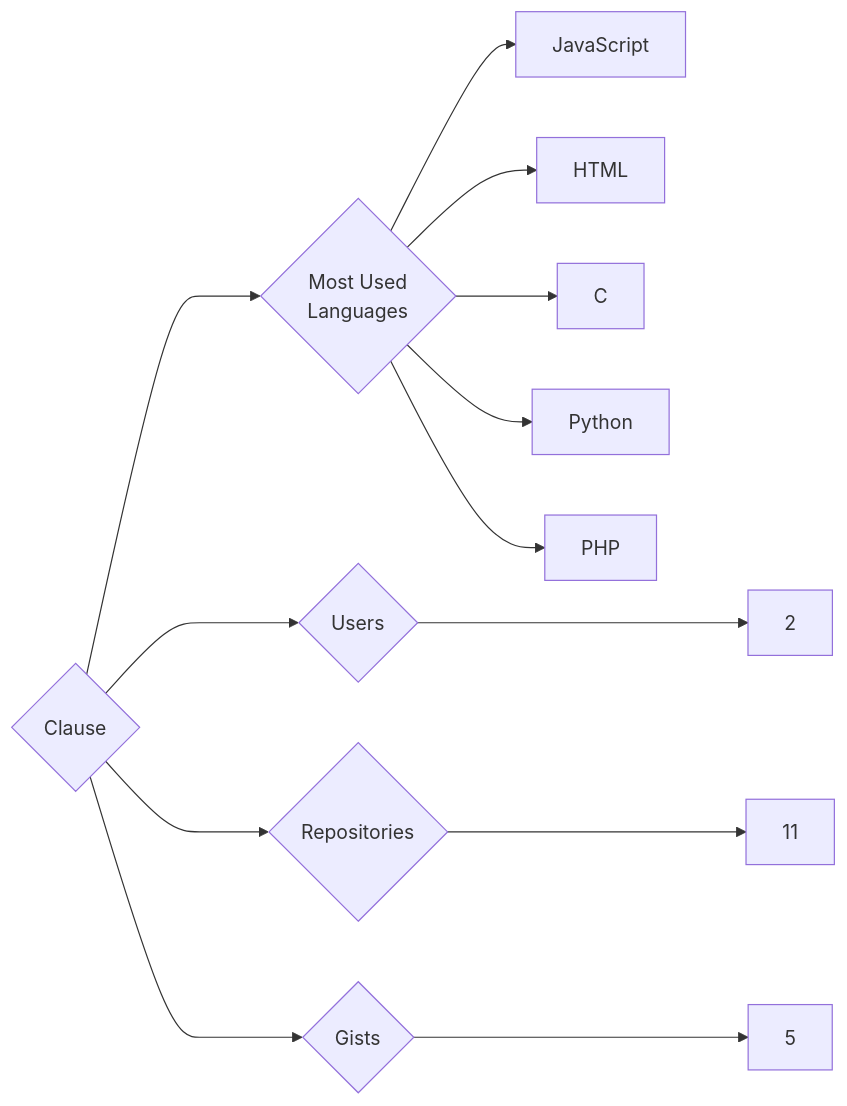
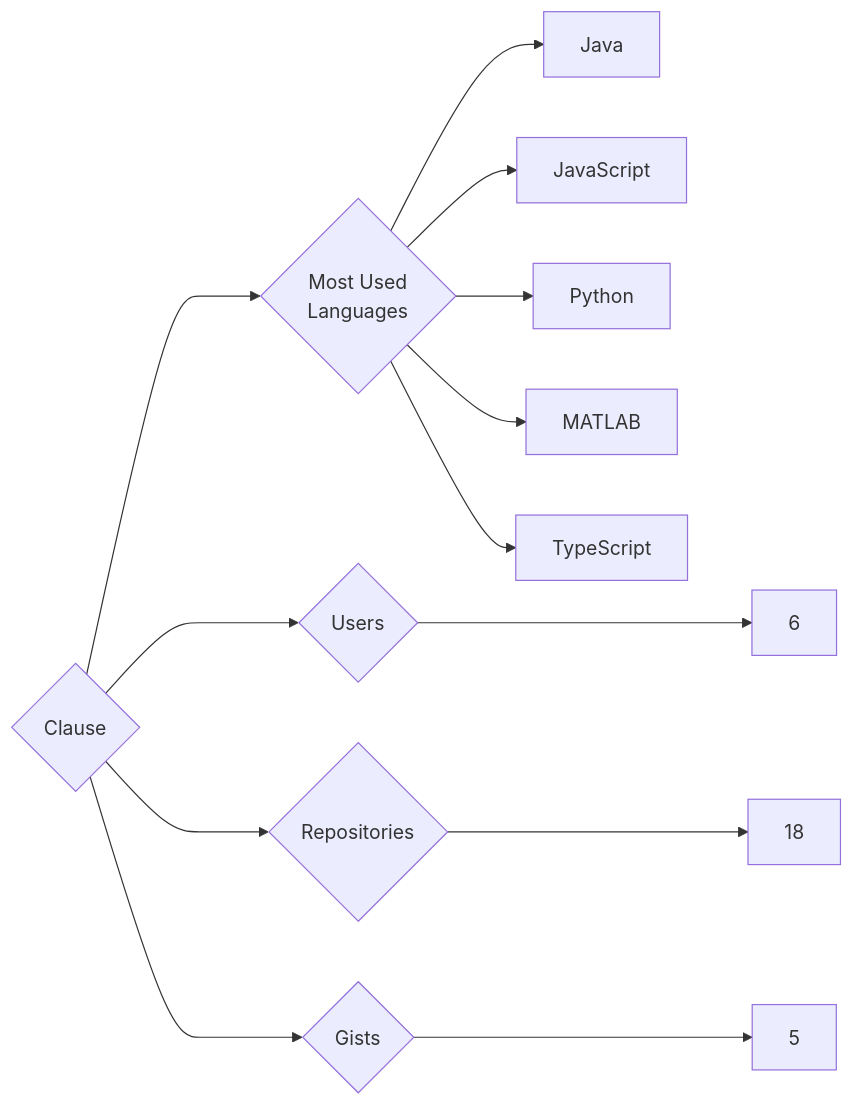
One commit to trickest/insiders changed the diagram in targets/Clause/README.md. Above: the diagram before and after it, drawn with Mermaid. The commit also changed 1212 other files, not shown here.

````diff
--- a/targets/Clause/README.md
+++ b/targets/Clause/README.md
@@ -3,13 +3,13 @@
 ```mermaid
 graph LR
 COMPANY_NAME{Clause}
-COMPANY_NAME ---> U{Users} ---> UN[2]
-COMPANY_NAME ---> R{Repositories} ---> RN[11]
+COMPANY_NAME ---> U{Users} ---> UN[6]
+COMPANY_NAME ---> R{Repositories} ---> RN[18]
 COMPANY_NAME ---> G{Gists} ---> GN[5]
 COMPANY_NAME ---> ML{Most Used<br>Languages}
+ML --> Java[Java]
 ML --> JavaScript[JavaScript]
-ML --> HTML[HTML]
-ML --> C[C]
 ML --> Python[Python]
-ML --> PHP[PHP]
+ML --> MATLAB[MATLAB]
+ML --> TypeScript[TypeScript]
 ```
````
